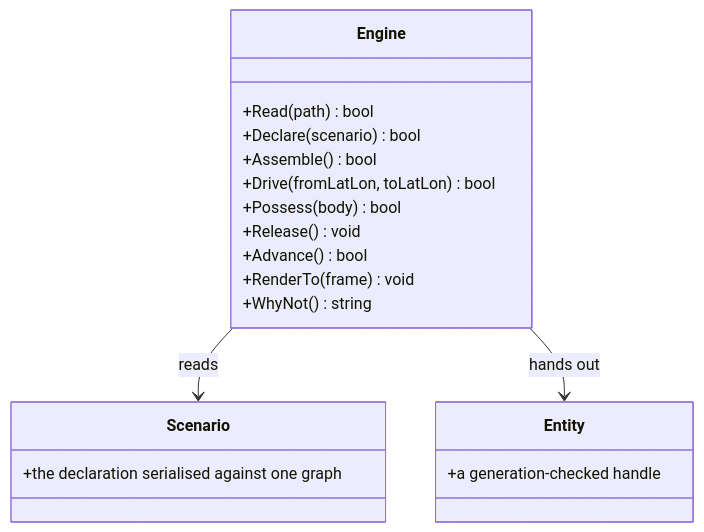
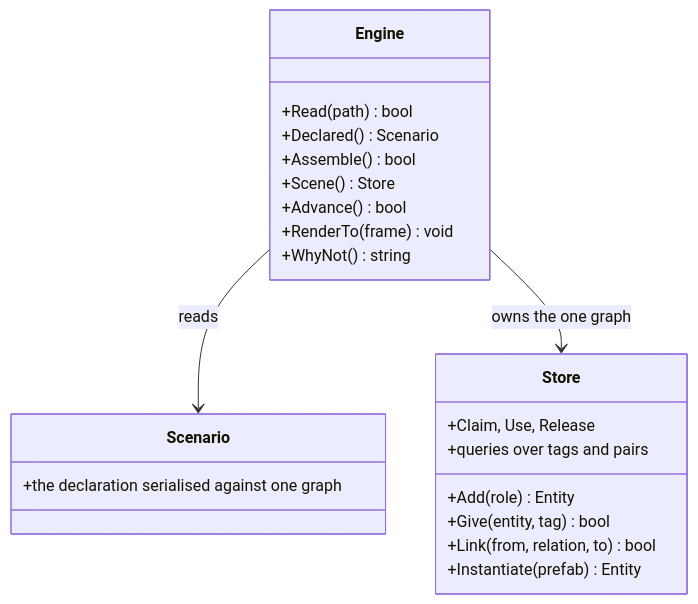
Before and after one commit to Weichwolf/outshine: the ninth of 11 diagrams in CLAUDE.md, drawn with Mermaid. The commit also changed other lines of this file, not shown here.

Commit message:
CLAUDE.md: the one door carries no gameplay verb -- driving is an assembly, possession is a relink
Drive(from,to) on Engine would put a method per activity into the facade, leak the catalogue,
and hand the XML door a graph it cannot spell. Engine reads, assembles, advances, renders;
Scene() exposes the same store API the XML reader calls. All diagrams stand vertical.

````diff
--- a/CLAUDE.md
+++ b/CLAUDE.md
@@ -275,23 +275,26 @@
 ```mermaid
 classDiagram
   direction TB
   class Engine {
     +Read(path) bool
-    +Declare(scenario) bool
+    +Declared() Scenario
     +Assemble() bool
-    +Drive(fromLatLon, toLatLon) bool
-    +Possess(body) bool
-    +Release() void
+    +Scene() Store
     +Advance() bool
     +RenderTo(frame) void
     +WhyNot() string
   }
+  class Store {
+    +Add(role) Entity
+    +Give(entity, tag) bool
+    +Link(from, relation, to) bool
+    +Instantiate(prefab) Entity
+    +Claim, Use, Release
+    +queries over tags and pairs
+  }
   class Scenario {
     +the declaration serialised against one graph
   }
-  class Entity {
-    +a generation-checked handle
-  }
   Engine --> Scenario : reads
-  Engine --> Entity : hands out
+  Engine --> Store : owns the one graph
 ```
````
